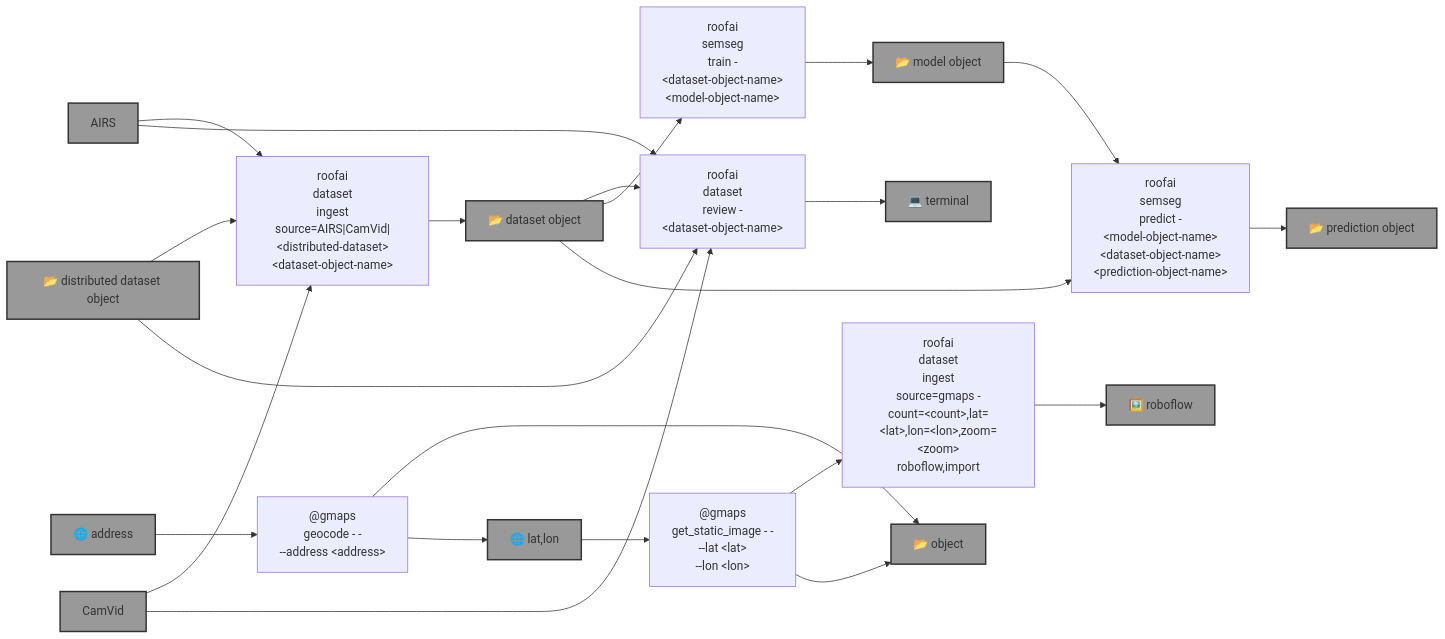
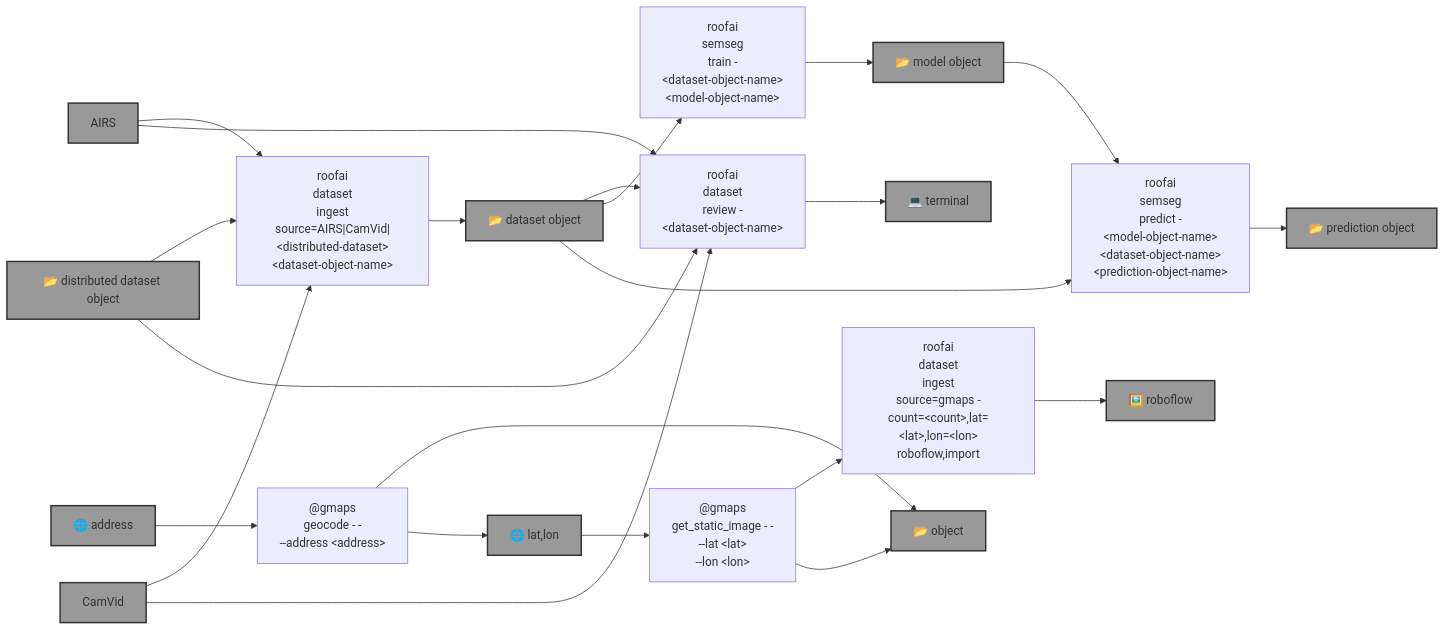
One commit to kamangir/roofai changed the diagram in README.md. Above: the diagram before and after it, drawn with Mermaid. The commit also changed other lines of this file and 2 other files, not shown here.

Commit message:
doc++ - kamangir/bolt#746 - no-workflow 🪄

````diff
--- a/README.md
+++ b/README.md
@@ -9,58 +9,58 @@
 ```mermaid
 graph LR
     dataset_ingest["roofai<br>dataset<br>ingest<br>source=AIRS|CamVid|&lt;distributed-dataset&gt;<br>&lt;dataset-object-name&gt;"]
 
-    dataset_ingest_gmaps["roofai<br>dataset<br>ingest<br>source=gmaps -<br>count=&lt;count&gt;,lat=&lt;lat&gt;,lon=&lt;lon&gt;,zoom=&lt;zoom&gt;<br>roboflow,import"]
+    dataset_ingest_gmaps["roofai<br>dataset<br>ingest<br>source=gmaps -<br>count=&lt;count&gt;,lat=&lt;lat&gt;,lon=&lt;lon&gt;<br>roboflow,import"]
 
     dataset_review["roofai<br>dataset<br>review -<br>&lt;dataset-object-name&gt;"]
 
     gmaps_get_static_image["@gmaps<br>get_static_image - -<br>--lat &lt;lat&gt;<br>--lon &lt;lon&gt;"]
 
     gmaps_geocode["@gmaps<br>geocode - -<br>--address &lt;address&gt;"]
 
     semseg_train["roofai<br>semseg<br>train -<br>&lt;dataset-object-name&gt;<br>&lt;model-object-name&gt;"]
 
     semseg_predict["roofai<br>semseg<br>predict -<br>&lt;model-object-name&gt;<br>&lt;dataset-object-name&gt;<br>&lt;prediction-object-name&gt;"]
 
     address["🌐 address"]:::folder
     lat_lon["🌐 lat,lon"]:::folder
     AIRS["AIRS"]:::folder
     CamVid["CamVid"]:::folder
     dataset_object_name["📂 dataset object"]:::folder
     distributed_dataset_object_name["📂 distributed dataset object"]:::folder
     model_object_name["📂 model object"]:::folder
     prediction_object_name["📂 prediction object"]:::folder
     object_name["📂 object"]:::folder
     terminal["💻 terminal"]:::folder
     roboflow["🖼️ roboflow"]:::folder
 
     distributed_dataset_object_name --> dataset_ingest
     AIRS --> dataset_ingest
     CamVid --> dataset_ingest
     dataset_ingest --> dataset_object_name
 
     gmaps_get_static_image --> dataset_ingest_gmaps
     dataset_ingest_gmaps --> roboflow
 
     AIRS --> dataset_review
     distributed_dataset_object_name --> dataset_review
     CamVid --> dataset_review
     dataset_object_name --> dataset_review
     dataset_review --> terminal
 
     dataset_object_name --> semseg_train
     semseg_train --> model_object_name
 
     model_object_name --> semseg_predict
     dataset_object_name --> semseg_predict
     semseg_predict --> prediction_object_name
 
     lat_lon --> gmaps_get_static_image
     gmaps_get_static_image --> object_name
 
     address --> gmaps_geocode
     gmaps_geocode --> object_name
     gmaps_geocode --> lat_lon
 
     classDef folder fill:#999,stroke:#333,stroke-width:2px;
 ```
````
